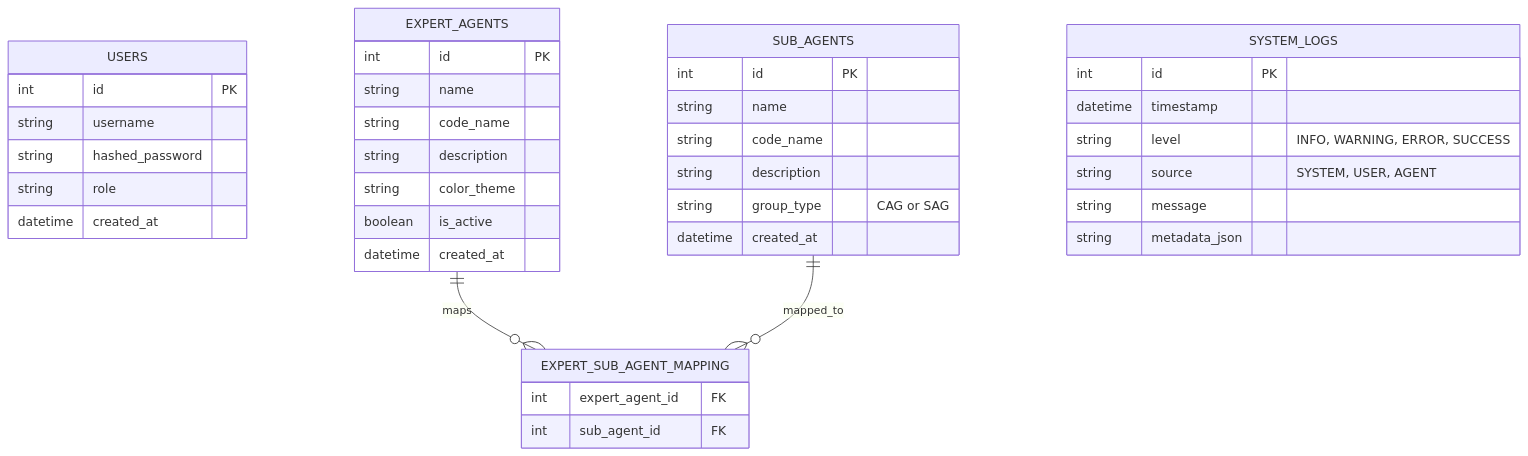
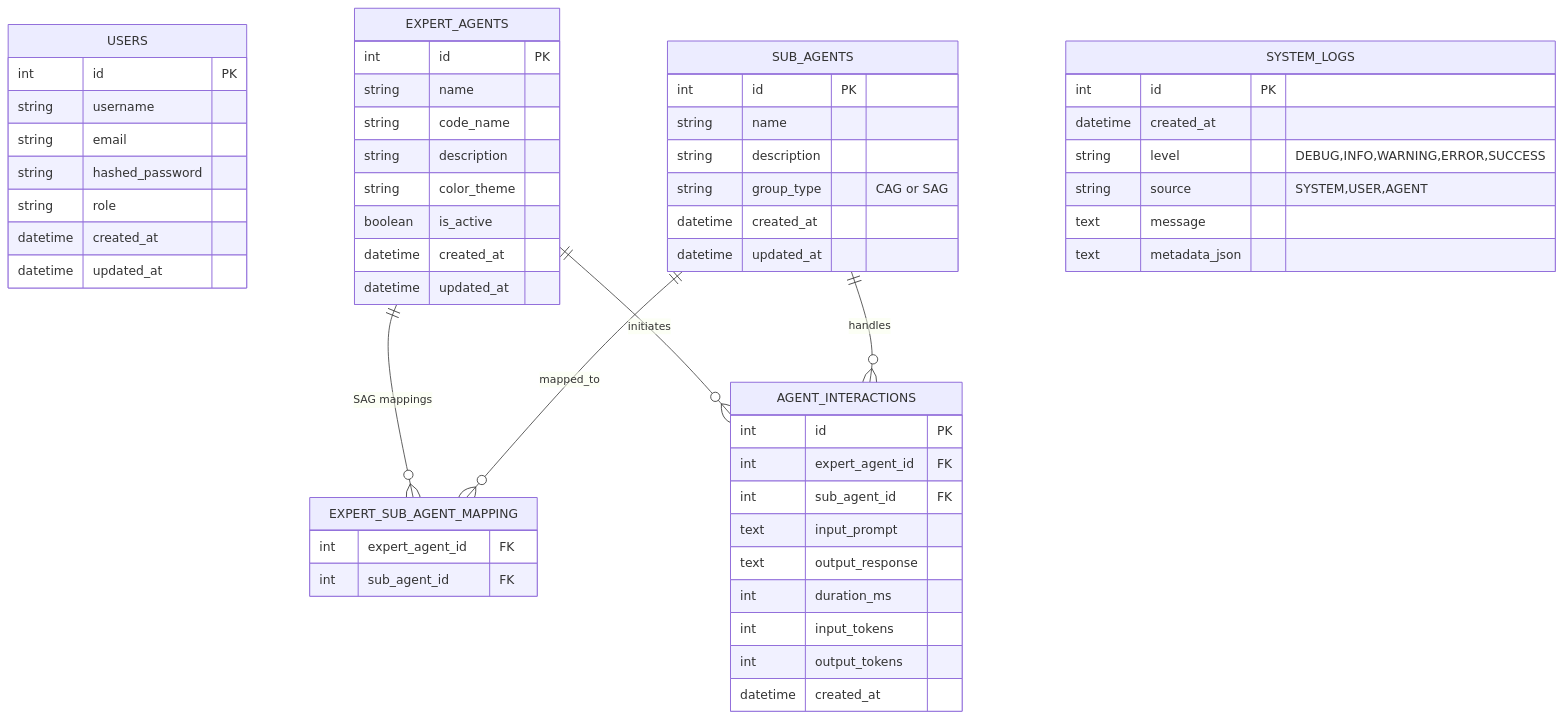
One commit to sanjivscenterxdags/UI_AppsFrame changed the second of 2 diagrams in SPEC.md. Above: the diagram before and after it, drawn with Mermaid. The commit also changed other lines of this file and 1 other file, not shown here.

````diff
--- a/SPEC.md
+++ b/SPEC.md
@@ -120,42 +125,58 @@
 ```mermaid
 erDiagram
     USERS {
         int id PK
         string username
+        string email
         string hashed_password
         string role
         datetime created_at
+        datetime updated_at
     }
     EXPERT_AGENTS {
         int id PK
         string name
         string code_name
         string description
         string color_theme
         boolean is_active
         datetime created_at
+        datetime updated_at
     }
     SUB_AGENTS {
         int id PK
         string name
-        string code_name
         string description
         string group_type "CAG or SAG"
         datetime created_at
+        datetime updated_at
     }
     EXPERT_SUB_AGENT_MAPPING {
         int expert_agent_id FK
         int sub_agent_id FK
     }
+    AGENT_INTERACTIONS {
+        int id PK
+        int expert_agent_id FK
+        int sub_agent_id FK
+        text input_prompt
+        text output_response
+        int duration_ms
+        int input_tokens
+        int output_tokens
+        datetime created_at
+    }
     SYSTEM_LOGS {
         int id PK
-        datetime timestamp
-        string level "INFO, WARNING, ERROR, SUCCESS"
-        string source "SYSTEM, USER, AGENT"
-        string message
-        string metadata_json
+        datetime created_at
+        string level "DEBUG,INFO,WARNING,ERROR,SUCCESS"
+        string source "SYSTEM,USER,AGENT"
+        text message
+        text metadata_json
     }
 
-    EXPERT_AGENTS ||--o{ EXPERT_SUB_AGENT_MAPPING : "maps"
+    EXPERT_AGENTS ||--o{ EXPERT_SUB_AGENT_MAPPING : "SAG mappings"
     SUB_AGENTS ||--o{ EXPERT_SUB_AGENT_MAPPING : "mapped_to"
+    EXPERT_AGENTS ||--o{ AGENT_INTERACTIONS : "initiates"
+    SUB_AGENTS ||--o{ AGENT_INTERACTIONS : "handles"
 ```
````
